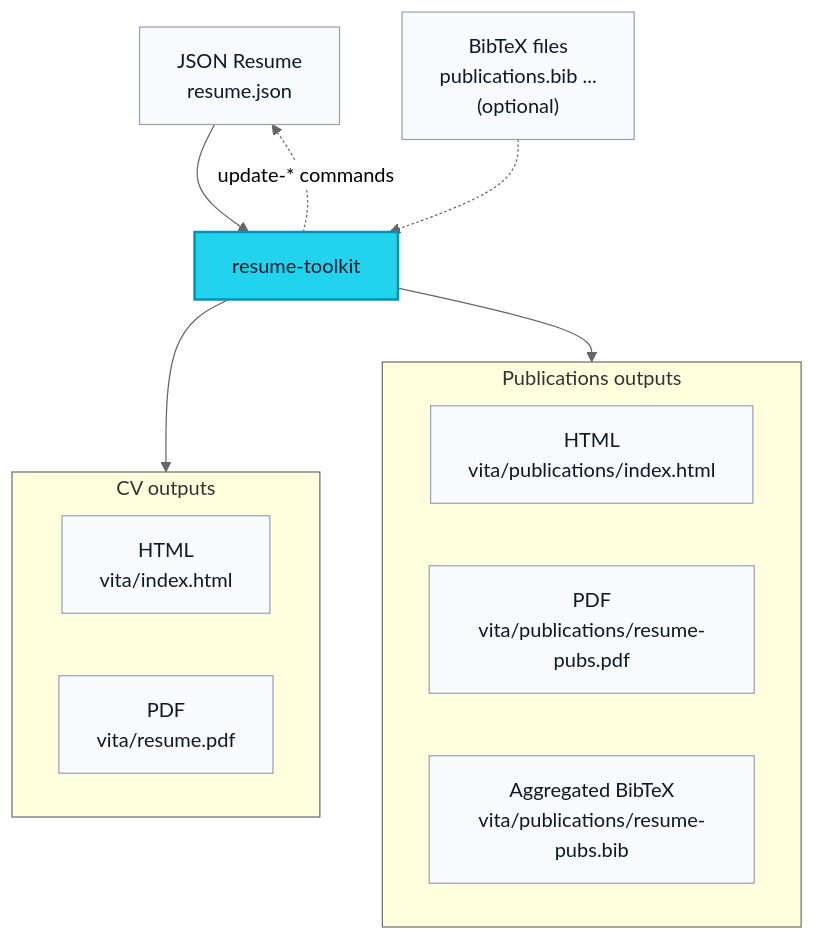
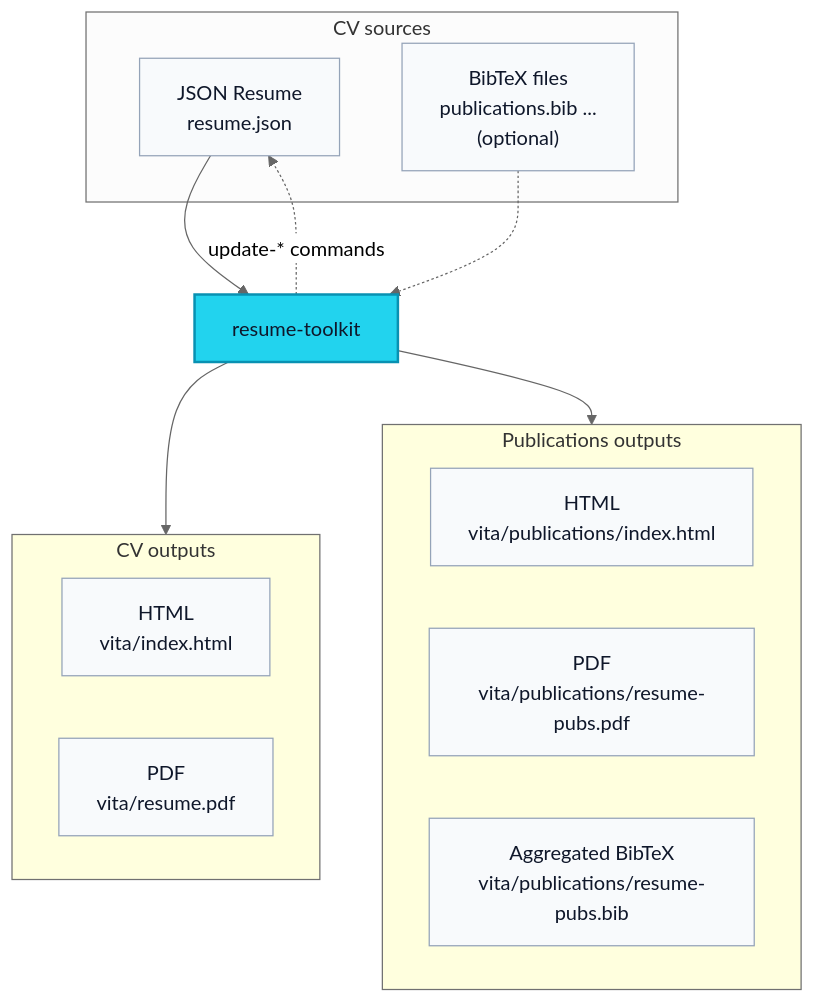
One commit to zzamboni/resume-toolkit changed the diagram in README.md. Above: the diagram before and after it, drawn with Mermaid (neutral theme). The commit also changed other lines of this file, not shown here.

````diff
--- a/README.md
+++ b/README.md
@@ -36,30 +37,35 @@
 ```mermaid
 flowchart TD
-      A[JSON Resume<br/>resume.json] --> C[resume-toolkit]
-      B["BibTeX files<br/>publications.bib ...<br/>(optional)"] .-> C
+      subgraph sources[CV sources]
+          A[JSON Resume<br/>resume.json]
+          B["BibTeX files<br/>publications.bib ...<br/>(optional)"]
+      end
+      
+      A --> C[resume-toolkit]
+      B .-> C
       C -. update-* commands .-> A
       
       subgraph CV[CV outputs]
           D[HTML<br/>vita/index.html]
           E[PDF<br/>vita/resume.pdf]
       end
 
       subgraph PUBS[Publications outputs]
           F[HTML<br/>vita/publications/index.html]
           G[PDF<br/>vita/publications/resume-pubs.pdf]
           H[Aggregated BibTeX<br/>vita/publications/resume-pubs.bib]
       end
 
       C --> CV
       C --> PUBS
 
       classDef toolkit fill:#22d3ee,color:#0f172a,stroke:#0891b2,stroke-width:2px;
       classDef io fill:#f8fafc,color:#0f172a,stroke:#94a3b8;
       classDef hidden fill:none,stroke:none;
       classDef ioBoxes fill:#ffffde
 
       class C toolkit;
       class A,B,D,E,F,G,H io;
       class L,R dot;
       class CV,PUBS ioBoxes;
 ```
````
